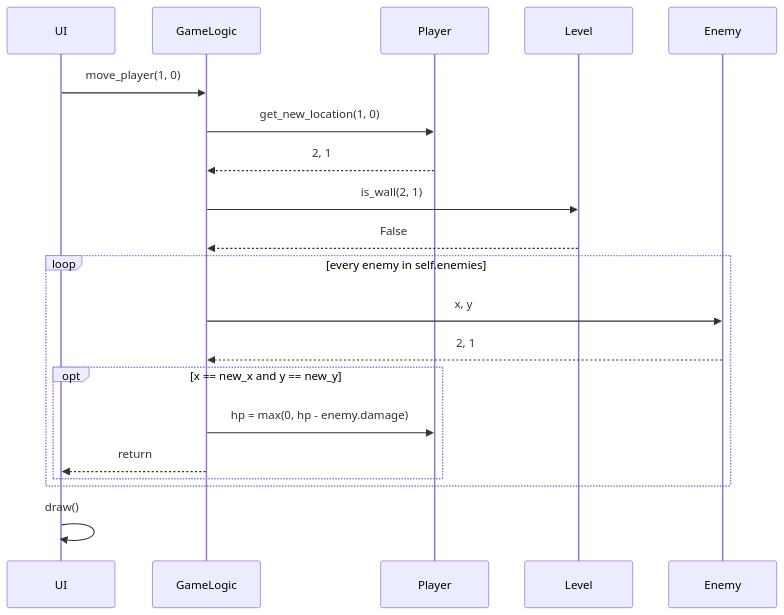
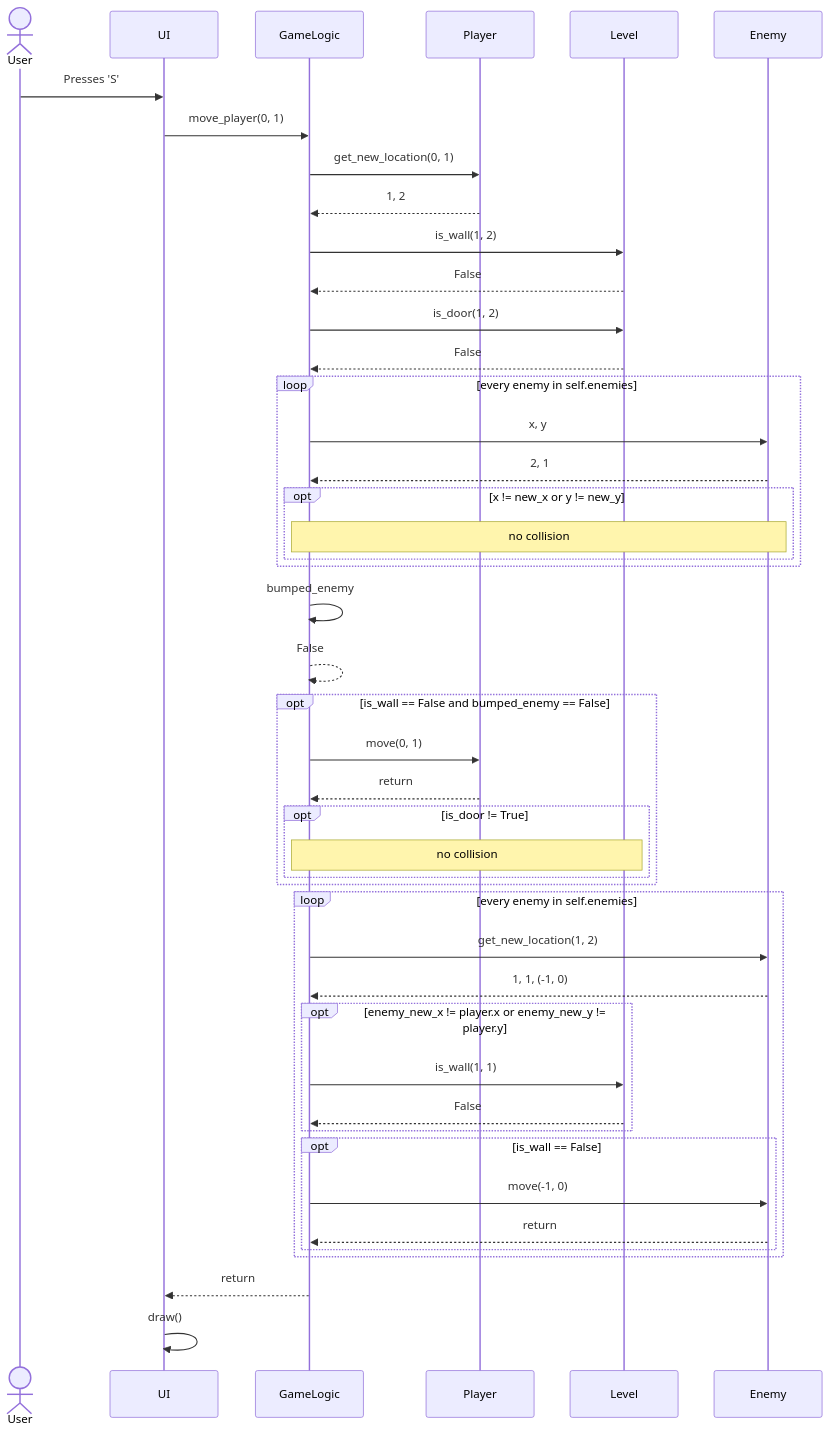
Before and after one commit to w1ll1ey/ot-harjoitustyo: the third of 4 diagrams in dokumentaatio/arkkitehtuuri.md, drawn with Mermaid. The commit also changed other lines of this file, not shown here.

````diff
--- a/dokumentaatio/arkkitehtuuri.md
+++ b/dokumentaatio/arkkitehtuuri.md
@@ -15,19 +80,43 @@
 ```mermaid
     sequenceDiagram
-        UI->>GameLogic: move_player(1, 0)
-        GameLogic->>Player: get_new_location(1, 0)
-        Player-->>GameLogic: 2, 1
-        GameLogic->>Level: is_wall(2, 1)
+        actor User
+        User->>UI: Presses 'S'
+        UI->>GameLogic: move_player(0, 1)
+        GameLogic->>Player: get_new_location(0, 1)
+        Player-->>GameLogic: 1, 2
+        GameLogic->>Level: is_wall(1, 2)
+        Level-->>GameLogic: False
+        GameLogic->>Level: is_door(1, 2)
         Level-->>GameLogic: False
         loop every enemy in self.enemies
             GameLogic->>Enemy: x, y
             Enemy-->>GameLogic: 2, 1
 
-            opt x == new_x and y == new_y
-                GameLogic->>Player: hp = max(0, hp - enemy.damage)
-                GameLogic-->>UI: return
+            opt x != new_x or y != new_y
+                Note over GameLogic, Enemy: no collision
             end
         end
-
+        GameLogic->>GameLogic: bumped_enemy
+        GameLogic-->>GameLogic: False
+        opt is_wall == False and bumped_enemy == False
+            GameLogic->>Player: move(0, 1)
+            Player-->>GameLogic: return
+            opt is_door != True
+                Note over GameLogic, Level: no collision
+            end
+        end
+        loop every enemy in self.enemies
+            GameLogic->>Enemy: get_new_location(1, 2)
+            Enemy-->>GameLogic: 1, 1, (-1, 0)
+            opt enemy_new_x != player.x or enemy_new_y != player.y
+                GameLogic->>Level: is_wall(1, 1)
+                Level-->>GameLogic: False
+            end
+            opt is_wall == False
+                GameLogic->>Enemy: move(-1, 0)
+                Enemy-->>GameLogic: return
+            end
+        end
+        GameLogic-->>UI: return
         UI->>UI: draw()
 ```
````
